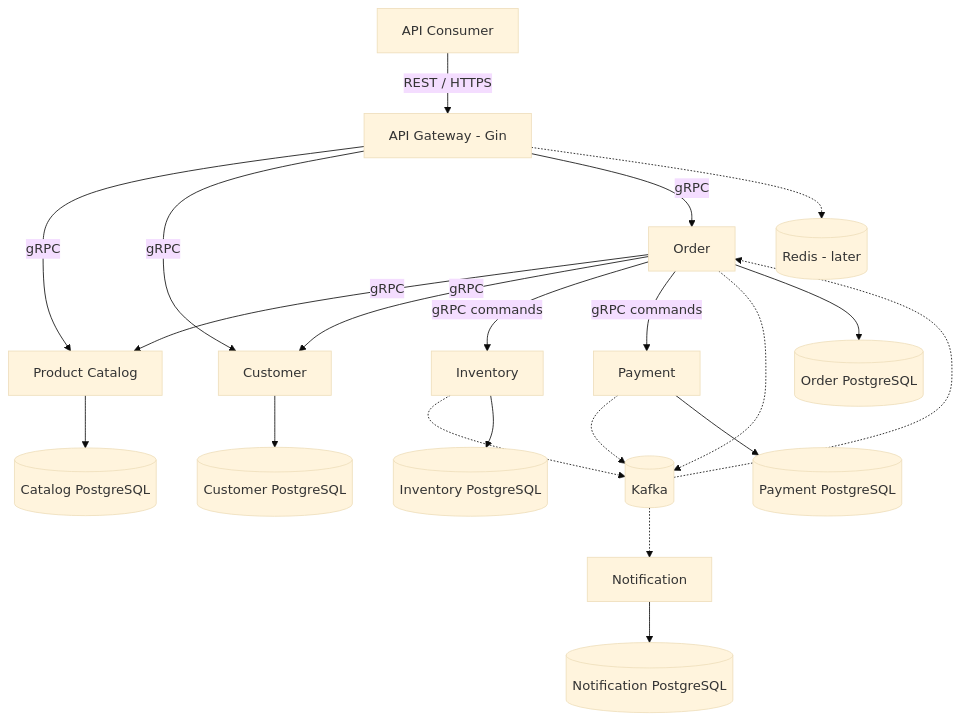
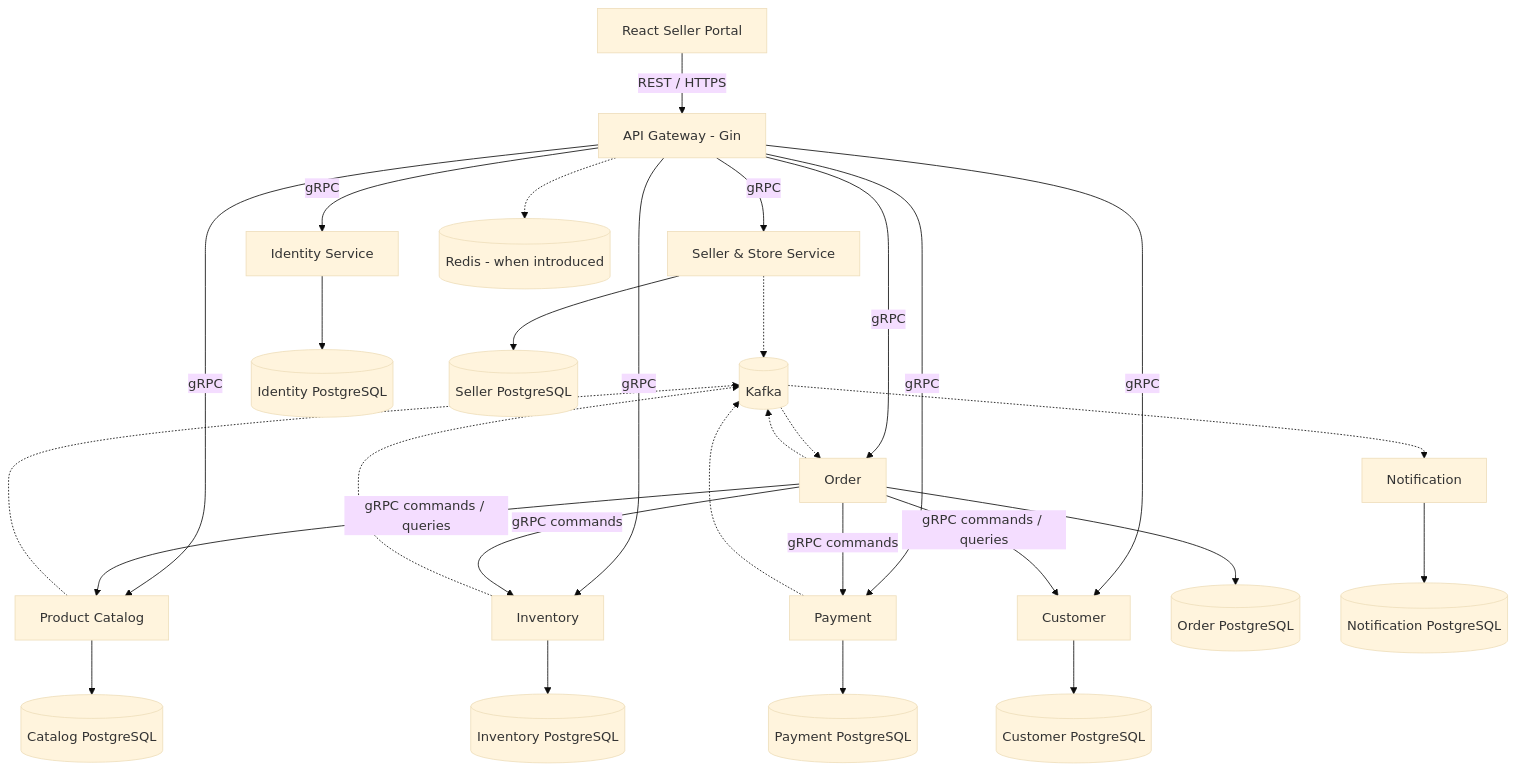
The diagram in docs/architecture/system-overview.md (christojohnsonv/nexora), drawn with Mermaid (base theme) before and after one commit. The commit also changed other lines of this file, not shown here.

Commit message:
docs: update service boundaries and database ownership

```diff
--- a/docs/architecture/system-overview.md
+++ b/docs/architecture/system-overview.md
@@ -9,23 +11,36 @@
 ~~~mermaid
 flowchart TB
- Client[API Consumer] -->|REST / HTTPS| Gateway[API Gateway - Gin]
- Gateway -->|gRPC| Catalog[Product Catalog]
- Gateway -->|gRPC| Customer[Customer]
- Gateway -->|gRPC| Order[Order]
- Order -->|gRPC| Catalog
- Order -->|gRPC| Customer
- Order -->|gRPC commands| Inventory[Inventory]
- Order -->|gRPC commands| Payment[Payment]
- Order -.-> Kafka[(Kafka)]
- Inventory -.-> Kafka
- Payment -.-> Kafka
- Kafka -.-> Order
- Kafka -.-> Notification[Notification]
- Catalog --> CatalogDB[(Catalog PostgreSQL)]
- Customer --> CustomerDB[(Customer PostgreSQL)]
- Order --> OrderDB[(Order PostgreSQL)]
- Inventory --> InventoryDB[(Inventory PostgreSQL)]
- Payment --> PaymentDB[(Payment PostgreSQL)]
- Notification --> NotificationDB[(Notification PostgreSQL)]
- Gateway -.-> Redis[(Redis - later)]
+  SellerPortal[React Seller Portal] -->|REST / HTTPS| Gateway[API Gateway - Gin]
+
+  Gateway -->|gRPC| Identity[Identity Service]
+  Gateway -->|gRPC| Seller[Seller & Store Service]
+  Gateway -->|gRPC| Catalog[Product Catalog]
+  Gateway -->|gRPC| Customer[Customer]
+  Gateway -->|gRPC| Order[Order]
+  Gateway -->|gRPC| Inventory[Inventory]
+  Gateway -->|gRPC| Payment[Payment]
+
+  Order -->|gRPC commands / queries| Catalog
+  Order -->|gRPC commands / queries| Customer
+  Order -->|gRPC commands| Inventory
+  Order -->|gRPC commands| Payment
+
+  Seller -.-> Kafka[(Kafka)]
+  Catalog -.-> Kafka
+  Order -.-> Kafka
+  Inventory -.-> Kafka
+  Payment -.-> Kafka
+  Kafka -.-> Order
+  Kafka -.-> Notification[Notification]
+
+  Identity --> IdentityDB[(Identity PostgreSQL)]
+  Seller --> SellerDB[(Seller PostgreSQL)]
+  Catalog --> CatalogDB[(Catalog PostgreSQL)]
+  Customer --> CustomerDB[(Customer PostgreSQL)]
+  Order --> OrderDB[(Order PostgreSQL)]
+  Inventory --> InventoryDB[(Inventory PostgreSQL)]
+  Payment --> PaymentDB[(Payment PostgreSQL)]
+  Notification --> NotificationDB[(Notification PostgreSQL)]
+
+  Gateway -.-> Redis[(Redis - when introduced)]
 ~~~
```
